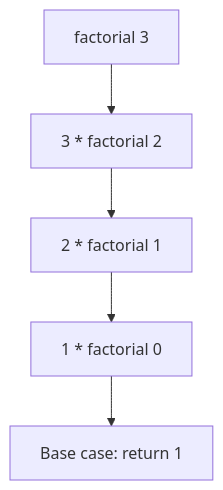
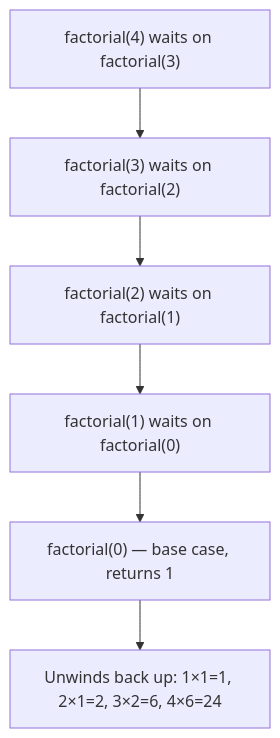
One commit to Kaveripriya/AI-Academy changed the diagram in CRESCENT/python-foundations/modules/p2-control-structures-functions-tooling/unit-2-3-functions.md. Above: the diagram before and after it, drawn with Mermaid. The commit also changed other lines of this file and 21 other files, not shown here.

````diff
--- a/CRESCENT/python-foundations/modules/p2-control-structures-functions-tooling/unit-2-3-functions.md
+++ b/CRESCENT/python-foundations/modules/p2-control-structures-functions-tooling/unit-2-3-functions.md
@@ -199,7 +195,8 @@
 ```mermaid
 flowchart TD
-    A[factorial 3] --> B[3 * factorial 2]
-    B --> C[2 * factorial 1]
-    C --> D[1 * factorial 0]
-    D --> E[Base case: return 1]
+    A["factorial(4) waits on factorial(3)"] --> B["factorial(3) waits on factorial(2)"]
+    B --> C["factorial(2) waits on factorial(1)"]
+    C --> D["factorial(1) waits on factorial(0)"]
+    D --> E["factorial(0) — base case, returns 1"]
+    E --> F["Unwinds back up: 1×1=1, 2×1=2, 3×2=6, 4×6=24"]
 ```
````
